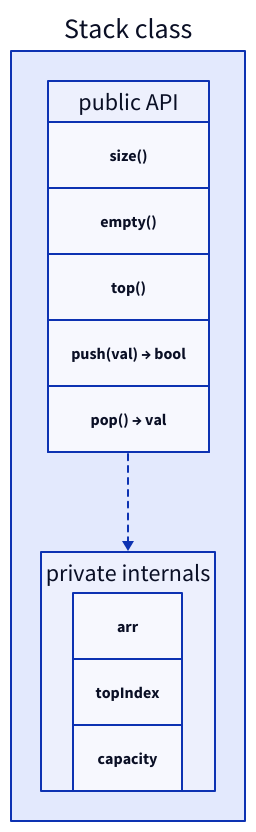
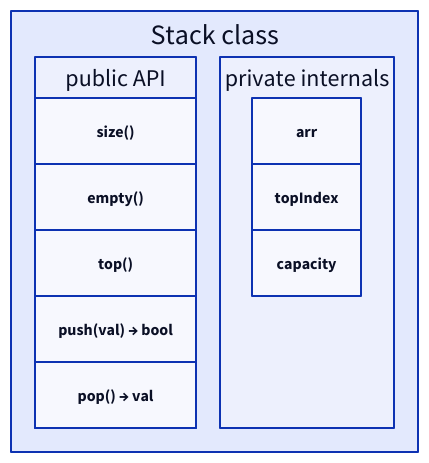
One commit to ani2fun/note-book changed the fourth of 10 diagrams in src/computer-science/DSA/data-structures/5.stack/02-array-implementation-of-stacks.md. Above: the diagram before and after it, drawn with D2. The commit also changed 8 other files, not shown here.

````diff
--- a/src/computer-science/DSA/data-structures/5.stack/02-array-implementation-of-stacks.md
+++ b/src/computer-science/DSA/data-structures/5.stack/02-array-implementation-of-stacks.md
@@ -157,21 +157,22 @@
 ```d2
 cls: "Stack class" {
-  priv: "private internals" {
-    grid-rows: 3
-    grid-gap: 0
-    a: "arr"
-    t: "topIndex"
-    c: "capacity"
-  }
+  grid-columns: 2
+  grid-gap: 24
   pub: "public API" {
     grid-rows: 5
     grid-gap: 0
     s: "size()"
     e: "empty()"
     p: "top()"
     psh: "push(val) → bool"
     pop: "pop() → val"
   }
-  pub -> priv: "" {style.stroke-dash: 3}
+  priv: "private internals" {
+    grid-rows: 3
+    grid-gap: 0
+    a: "arr"
+    t: "topIndex"
+    c: "capacity"
+  }
 }
 ```
````
